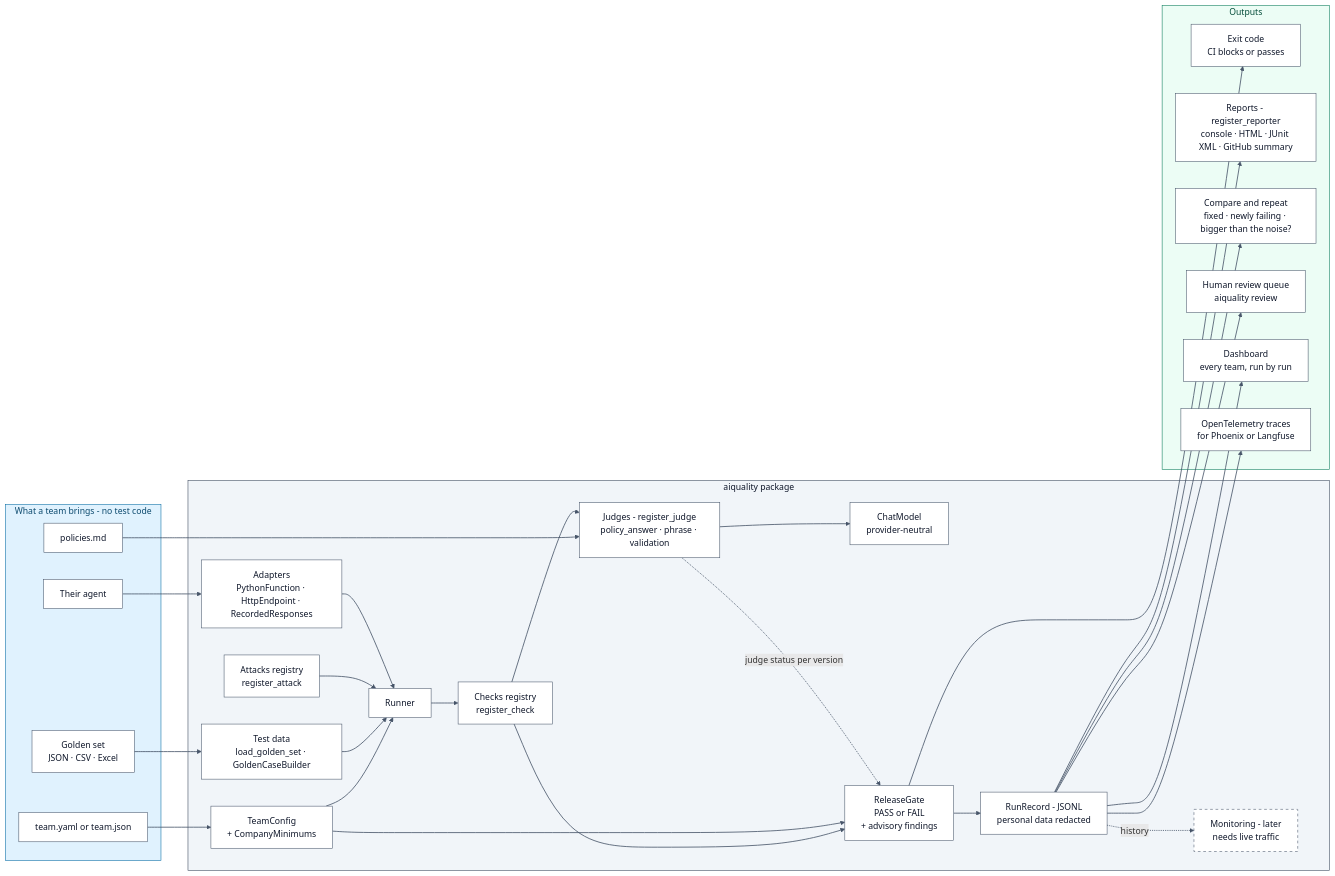
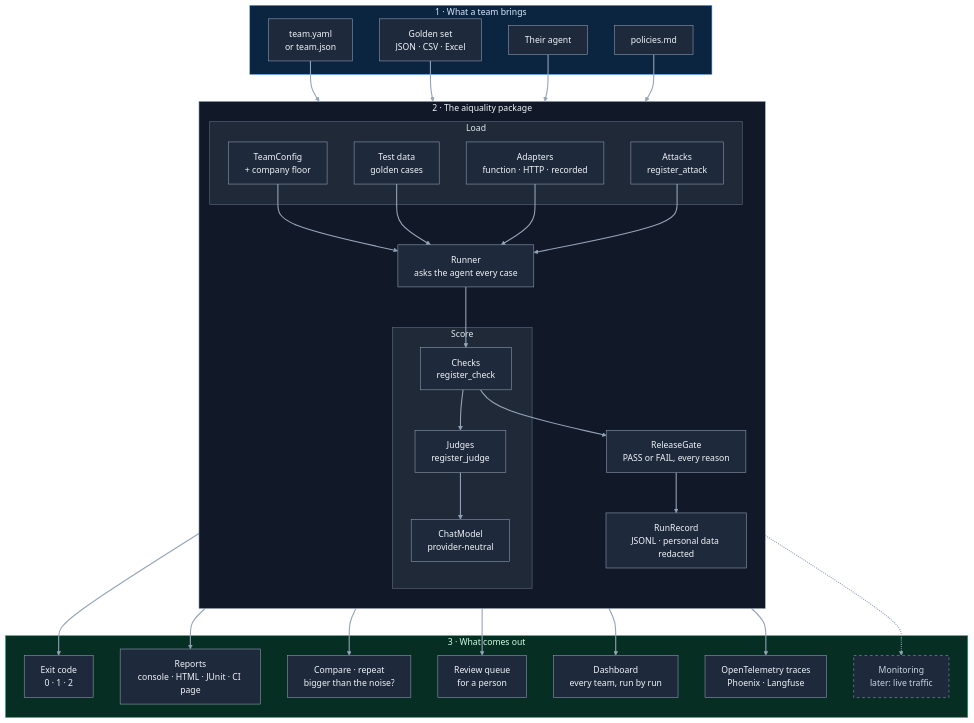
One commit to rahulsharma-qe/ai-quality-lab changed the second of 5 diagrams in docs/architecture.md. Above: the diagram before and after it, drawn with Mermaid.

Commit message:
HLD: the components diagram drawn top to bottom
The left-to-right diagram was too wide to read. It now runs top to
bottom in rows: what a team brings, load, the runner, score, the gate
and the run record, then what comes out, with dark boxes and light
text. The other diagrams are unchanged.

````diff
--- a/docs/architecture.md
+++ b/docs/architecture.md
@@ -63,60 +63,65 @@
 ```mermaid
-flowchart LR
-  subgraph TEAM["What a team brings - no test code"]
-    CFG["team.yaml or team.json"]
+flowchart TB
+  subgraph TEAM["1 · What a team brings"]
+    CFG["team.yaml<br/>or team.json"]
     GS["Golden set<br/>JSON · CSV · Excel"]
     POL["policies.md"]
     AG["Their agent"]
   end
-  subgraph CORE["aiquality package"]
-    TC["TeamConfig<br/>+ CompanyMinimums"]
-    TD["Test data<br/>load_golden_set · GoldenCaseBuilder"]
-    AD["Adapters<br/>PythonFunction · HttpEndpoint · RecordedResponses"]
-    ATK["Attacks registry<br/>register_attack"]
-    RUN["Runner"]
-    CHK["Checks registry<br/>register_check"]
-    JDG["Judges - register_judge<br/>policy_answer · phrase · validation"]
-    MDL["ChatModel<br/>provider-neutral"]
-    GATE["ReleaseGate<br/>PASS or FAIL<br/>+ advisory findings"]
-    RR["RunRecord - JSONL<br/>personal data redacted"]
-    MON["Monitoring - later<br/>needs live traffic"]
+  subgraph CORE["2 · The aiquality package"]
+    direction TB
+    subgraph LOAD["Load"]
+      TC["TeamConfig<br/>+ company floor"]
+      TD["Test data<br/>golden cases"]
+      AD["Adapters<br/>function · HTTP · recorded"]
+      ATK["Attacks<br/>register_attack"]
+    end
+    RUN["Runner<br/>asks the agent every case"]
+    subgraph SCORE["Score"]
+      CHK["Checks<br/>register_check"]
+      JDG["Judges<br/>register_judge"]
+      MDL["ChatModel<br/>provider-neutral"]
+    end
+    GATE["ReleaseGate<br/>PASS or FAIL, every reason"]
+    RR["RunRecord<br/>JSONL · personal data redacted"]
   end
-  subgraph OUT["Outputs"]
-    EXIT["Exit code<br/>CI blocks or passes"]
-    REP["Reports - register_reporter<br/>console · HTML · JUnit XML · GitHub summary"]
-    CMP["Compare and repeat<br/>fixed · newly failing · bigger than the noise?"]
-    HRQ["Human review queue<br/>aiquality review"]
+  subgraph OUT["3 · What comes out"]
+    EXIT["Exit code<br/>0 · 1 · 2"]
+    REP["Reports<br/>console · HTML · JUnit · CI page"]
+    CMP["Compare · repeat<br/>bigger than the noise?"]
+    HRQ["Review queue<br/>for a person"]
     GV["Dashboard<br/>every team, run by run"]
-    OTEL["OpenTelemetry traces<br/>for Phoenix or Langfuse"]
+    OTEL["OpenTelemetry traces<br/>Phoenix · Langfuse"]
+    MON["Monitoring<br/>later: live traffic"]
   end
   CFG --> TC
   GS --> TD
   AG --> AD
   POL --> JDG
   TC --> RUN
   TD --> RUN
+  AD --> RUN
   ATK --> RUN
-  AD --> RUN
   RUN --> CHK
   CHK --> JDG
   JDG --> MDL
   CHK --> GATE
-  TC --> GATE
-  JDG -.->|"judge status per version"| GATE
-  GATE --> EXIT
   GATE --> RR
+  RR --> EXIT
   RR --> REP
   RR --> CMP
   RR --> HRQ
   RR --> GV
   RR --> OTEL
-  RR -.->|"history"| MON
-  classDef box fill:#ffffff,stroke:#475569,color:#0f172a
-  classDef later fill:#ffffff,stroke:#475569,color:#0f172a,stroke-dasharray: 5 5
+  RR -.-> MON
+  classDef box fill:#1e293b,stroke:#94a3b8,color:#f1f5f9
+  classDef later fill:#1e293b,stroke:#94a3b8,color:#cbd5e1,stroke-dasharray: 5 5
   class CFG,GS,POL,AG,TC,TD,AD,ATK,RUN,CHK,JDG,MDL,GATE,RR,EXIT,REP,CMP,HRQ,GV,OTEL box
   class MON later
-  style TEAM fill:#e0f2fe,stroke:#0369a1,color:#0c4a6e
-  style CORE fill:#f1f5f9,stroke:#334155,color:#0f172a
-  style OUT fill:#ecfdf5,stroke:#047857,color:#064e3b
-  linkStyle default stroke:#475569,stroke-width:1.5px
+  style TEAM fill:#0b2540,stroke:#60a5fa,color:#dbeafe
+  style CORE fill:#111827,stroke:#94a3b8,color:#f1f5f9
+  style LOAD fill:#1f2937,stroke:#64748b,color:#e2e8f0
+  style SCORE fill:#1f2937,stroke:#64748b,color:#e2e8f0
+  style OUT fill:#062e22,stroke:#34d399,color:#d1fae5
+  linkStyle default stroke:#94a3b8,stroke-width:2px
 ```
````
